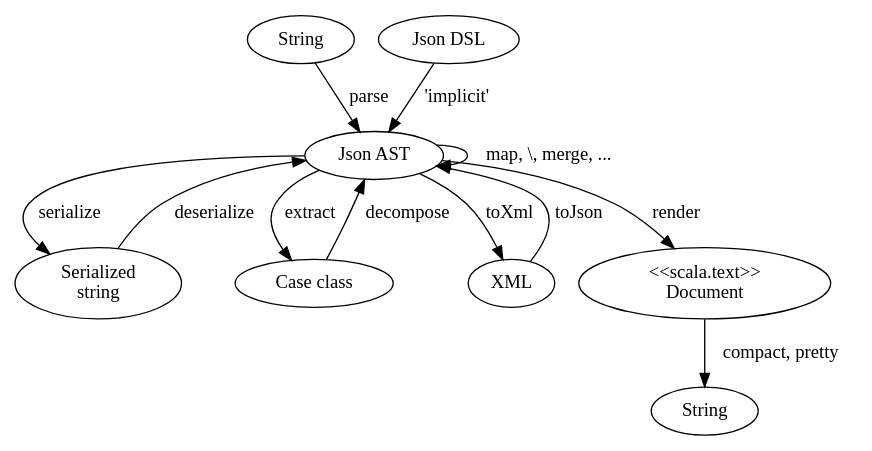
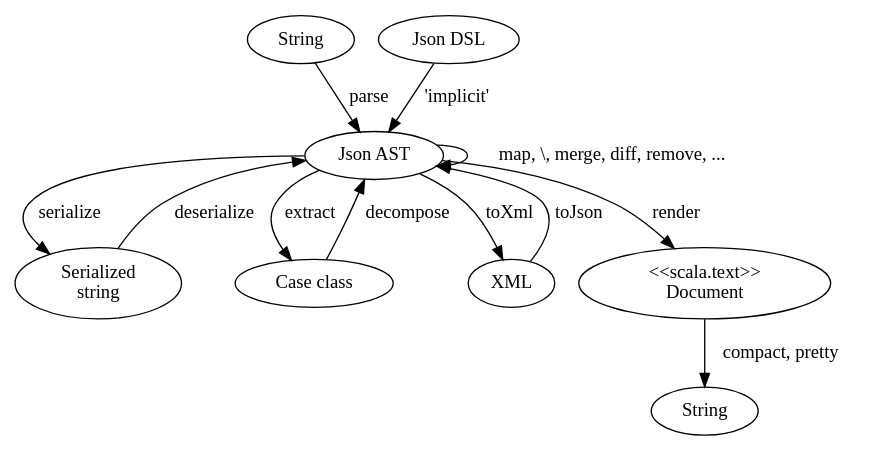
Before and after one commit to znachor/liftweb: the diagram in lift-base/lift-json/json.dot, drawn with Graphviz. The commit also changed 2 other files, not shown here.

```diff
--- a/lift-base/lift-json/json.dot
+++ b/lift-base/lift-json/json.dot
@@ -1,25 +1,25 @@
 digraph json {
   s -> ast [label="parse"]
   dsl -> ast [label="'implicit'"]
   ast -> ser [label="serialize"]
   ser -> ast [label="deserialize"]
 
-  ast -> ast [label="map, \\, merge, ..."]
+  ast -> ast [label="map, \\, merge, diff, remove, ..."]
 
   ast -> class [label="extract"]
   class -> ast [label="decompose"]
 
   ast -> xml [label="toXml"]
   xml -> ast [label="toJson"]
 
   ast -> doc [label="render"]
   doc -> String [label="compact, pretty"]
 
   ast [label="Json AST"]
   dsl [label="Json DSL"]
   ser [label="Serialized\nstring"]
   doc [label="<<scala.text>>\nDocument"]
   s [label="String"]
   class [label="Case class"]
   xml [label="XML"]
 }
```
